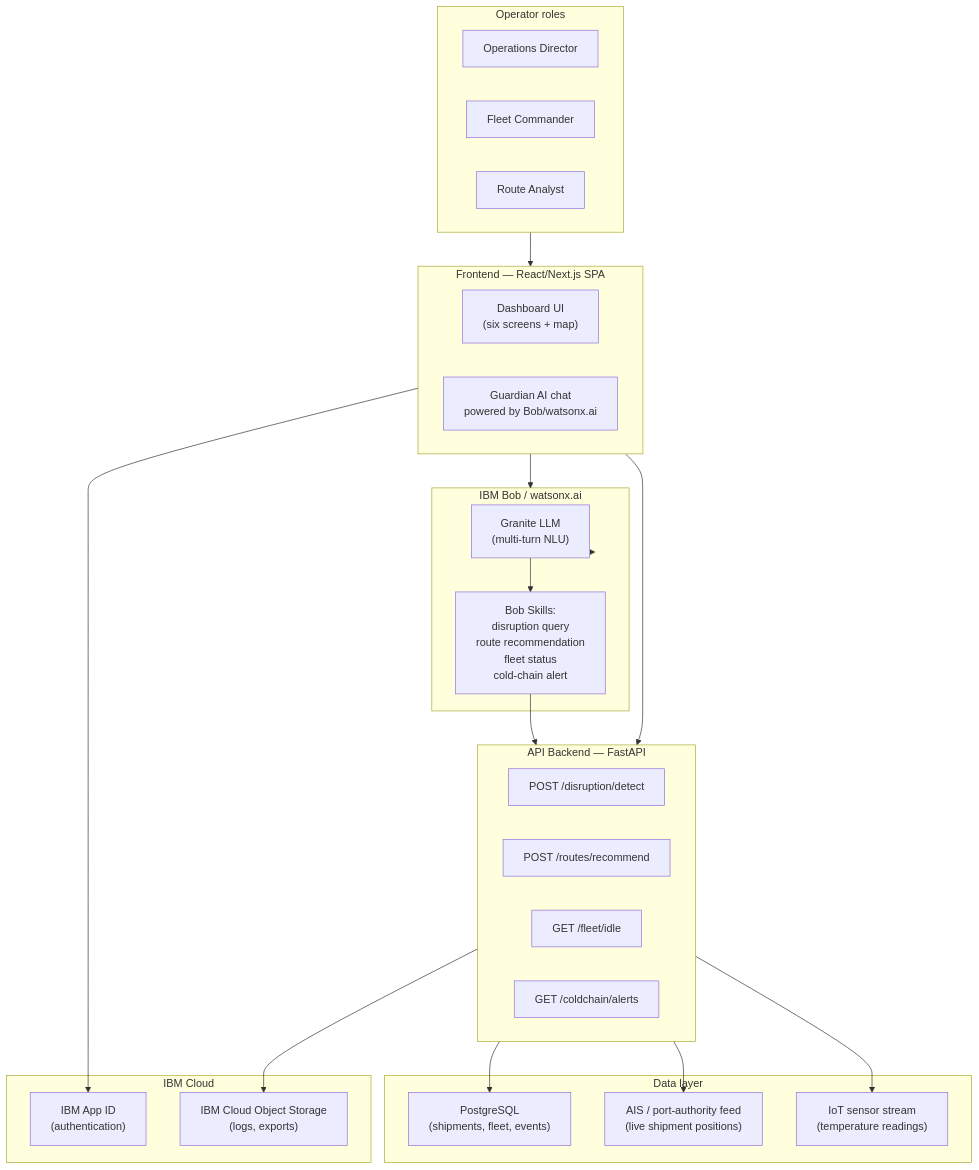
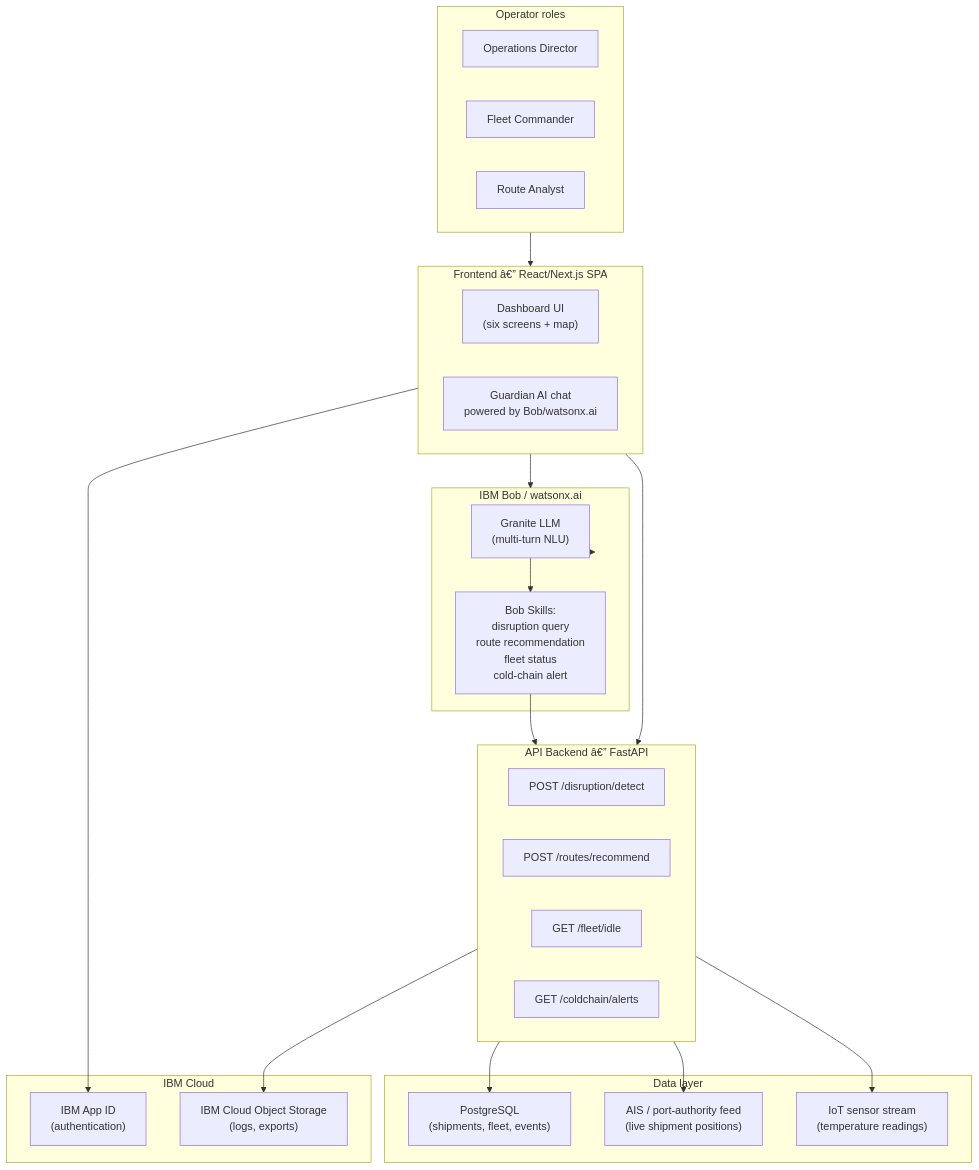
One commit to tirth080904-cse/bob-ai-hackathon--FRONTIERS- changed the second of 2 diagrams in docs/architecture.md. Above: the diagram before and after it, drawn with Mermaid. The commit also changed other lines of this file and 11 other files, not shown here.

````diff
--- a/docs/architecture.md
+++ b/docs/architecture.md
@@ -123,48 +120,48 @@
 ```mermaid
 graph TD
     subgraph Users["Operator roles"]
         U1["Operations Director"]
         U2["Fleet Commander"]
         U3["Route Analyst"]
     end
 
-    subgraph Frontend["Frontend — React/Next.js SPA"]
+    subgraph Frontend["Frontend â€” React/Next.js SPA"]
         FUI["Dashboard UI<br/>(six screens + map)"]
         FCHAT["Guardian AI chat<br/>powered by Bob/watsonx.ai"]
     end
 
     subgraph Bob["IBM Bob / watsonx.ai"]
         LLM["Granite LLM<br/>(multi-turn NLU)"]
         SKILLS["Bob Skills:<br/>disruption query<br/>route recommendation<br/>fleet status<br/>cold-chain alert"]
     end
 
-    subgraph Backend["API Backend — FastAPI"]
+    subgraph Backend["API Backend â€” FastAPI"]
         API_DISRUPT["POST /disruption/detect"]
         API_ROUTES["POST /routes/recommend"]
         API_FLEET["GET /fleet/idle"]
         API_COLD["GET /coldchain/alerts"]
     end
 
     subgraph DataLayer["Data layer"]
         DB["PostgreSQL<br/>(shipments, fleet, events)"]
         AIS["AIS / port-authority feed<br/>(live shipment positions)"]
         IOT["IoT sensor stream<br/>(temperature readings)"]
     end
 
     subgraph Infra["IBM Cloud"]
         AUTH["IBM App ID<br/>(authentication)"]
         STORE["IBM Cloud Object Storage<br/>(logs, exports)"]
     end
 
     Users --> Frontend
     Frontend --> Bob
     Bob --> LLM
     LLM --> SKILLS
     SKILLS --> Backend
     Frontend --> Backend
     Backend --> DB
     Backend --> AIS
     Backend --> IOT
     Frontend --> AUTH
     Backend --> STORE
 ```
````
